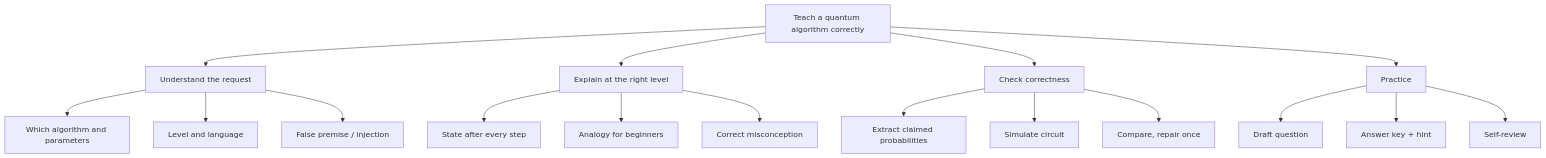
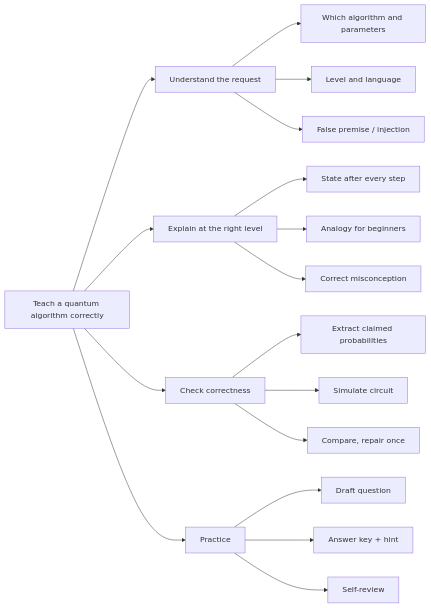
One commit to KingKartik9666/Prompt_Project changed the second of 4 diagrams in docs/diagrams.md. Above: the diagram before and after it, drawn with Mermaid. The commit also changed other lines of this file and 22 other files, not shown here.

````diff
--- a/docs/diagrams.md
+++ b/docs/diagrams.md
@@ -17,11 +20,11 @@
 ```mermaid
-flowchart TB
+flowchart LR
     T[Teach a quantum algorithm correctly] --> A[Understand the request]
     T --> B[Explain at the right level]
     T --> C[Check correctness]
     T --> D[Practice]
     A --> A1[Which algorithm and parameters] & A2[Level and language] & A3[False premise / injection]
     B --> B1[State after every step] & B2[Analogy for beginners] & B3[Correct misconception]
     C --> C1[Extract claimed probabilities] & C2[Simulate circuit] & C3[Compare, repair once]
     D --> D1[Draft question] & D2[Answer key + hint] & D3[Self-review]
 ```
````
